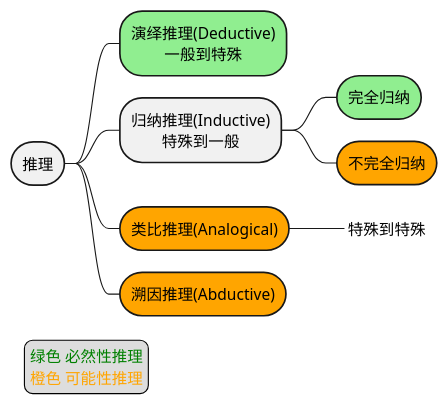
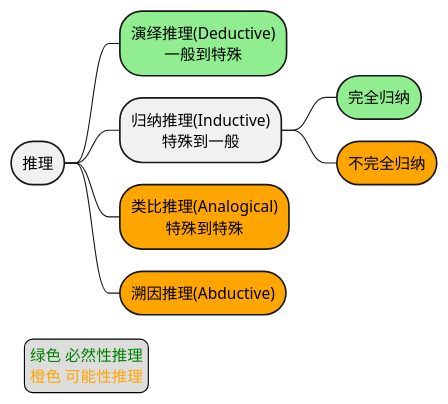
Before and after one commit to holmofy/blog.hufeifei.cn: the first of 5 diagrams in source/_posts/logic/logic.md, drawn with PlantUML.

````diff
--- a/source/_posts/logic/logic.md
+++ b/source/_posts/logic/logic.md
@@ -12,22 +12,21 @@
 ```plantuml
 @startmindmap
 <style>
 node {
     HorizontalAlignment center
     RoundCorner 40
 }
 </style>
 * 推理
 **[#LightGreen] 演绎推理(Deductive)\n一般到特殊
 ** 归纳推理(Inductive)\n特殊到一般
 ***[#LightGreen] 完全归纳
 ***[#Orange] 不完全归纳
-**[#Orange] 类比推理(Analogical)
-***_ 特殊到特殊
+**[#Orange] 类比推理(Analogical)\n特殊到特殊
 **[#Orange] 溯因推理(Abductive)
 legend left
   <font color="green">绿色 必然性推理</font>
   <font color="orange">橙色 可能性推理</font>
 endlegend
 @endmindmap
 ```
````
